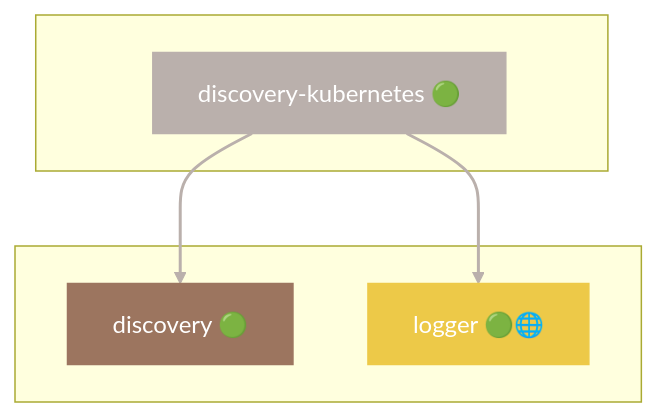
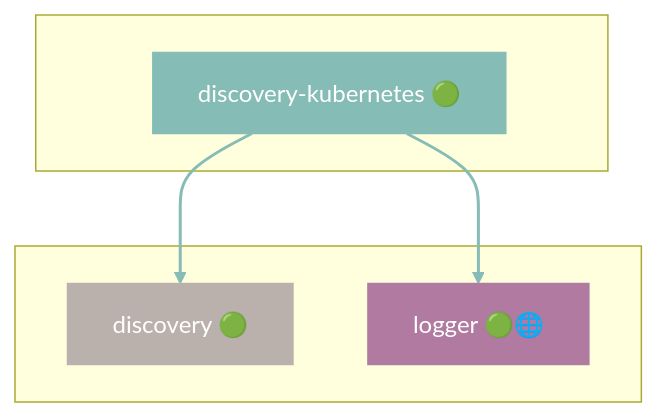
Before and after one commit to grest-ts/grest-ts: diagram 12 of 42 in docs/DEPENDENCIES.md, drawn with Mermaid. The commit also changed other lines of this file and 11 other files, not shown here.

````diff
--- a/docs/DEPENDENCIES.md
+++ b/docs/DEPENDENCIES.md
@@ -691,17 +745,17 @@
 ```mermaid
 flowchart TB
     subgraph Package[" "]
         discovery-kubernetes["discovery-kubernetes 🟢"]
     end
     subgraph Dependencies[" "]
         discovery["discovery 🟢"]
         logger["logger 🟢🌐"]
     end
     discovery-kubernetes --> discovery
     discovery-kubernetes --> logger
-    style discovery-kubernetes fill:#BAB0AC,stroke:#BAB0AC,color:#fff
-    style discovery fill:#9C755F,stroke:#9C755F,color:#fff
-    style logger fill:#EDC948,stroke:#EDC948,color:#fff
-    linkStyle 0 stroke:#BAB0AC,stroke-width:2px
-    linkStyle 1 stroke:#BAB0AC,stroke-width:2px
+    style discovery-kubernetes fill:#86BCB6,stroke:#86BCB6,color:#fff
+    style discovery fill:#BAB0AC,stroke:#BAB0AC,color:#fff
+    style logger fill:#B07AA1,stroke:#B07AA1,color:#fff
+    linkStyle 0 stroke:#86BCB6,stroke-width:2px
+    linkStyle 1 stroke:#86BCB6,stroke-width:2px
 ```
````
